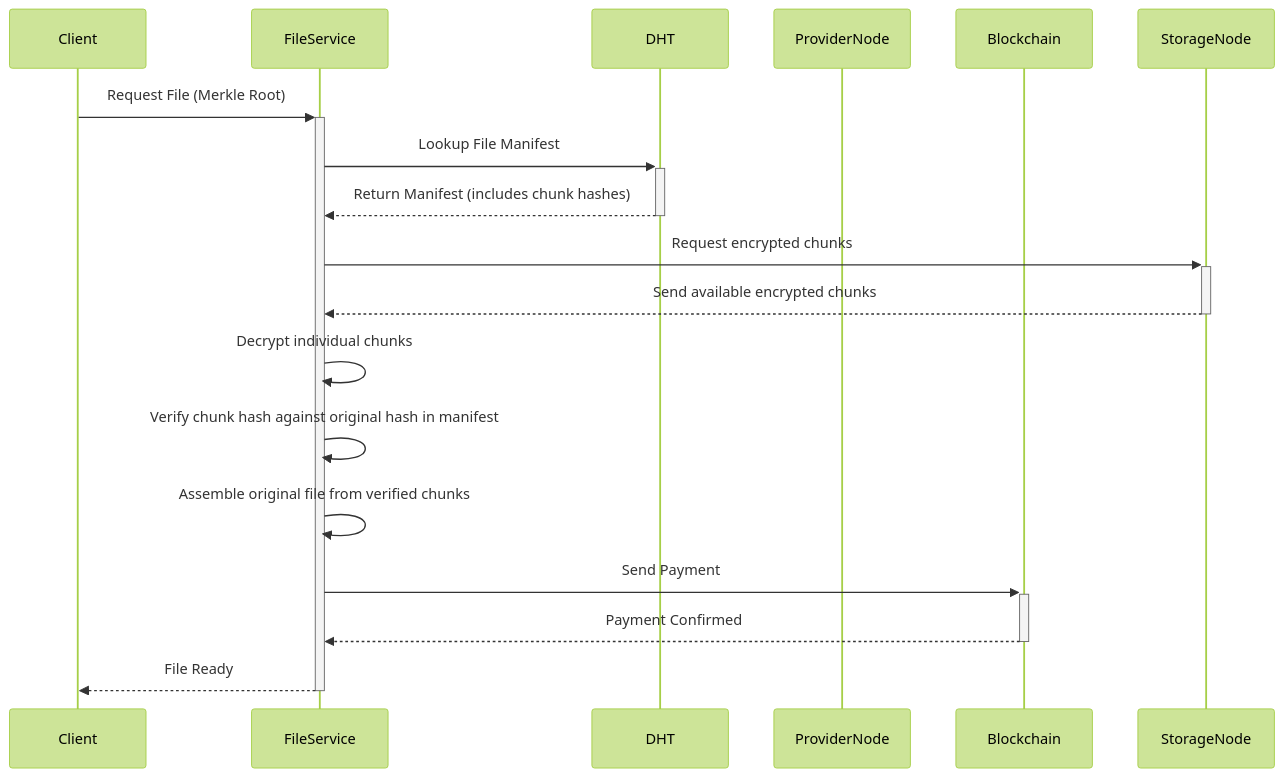
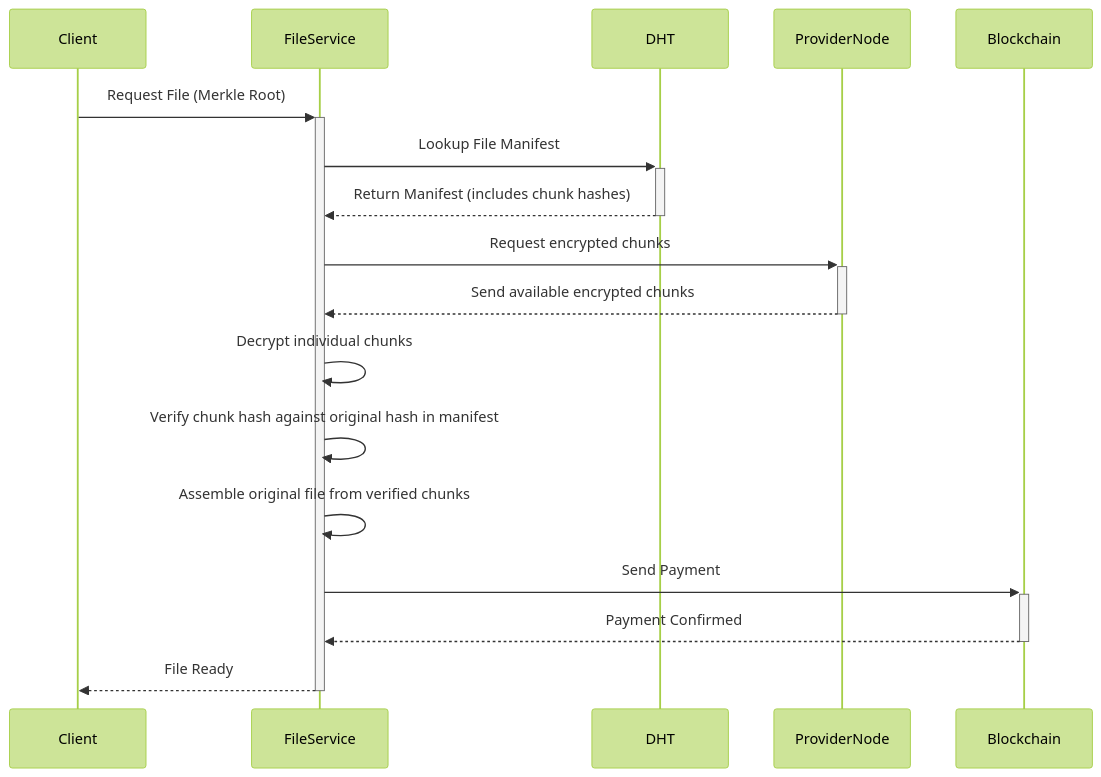
The second of 2 diagrams in docs/02-architecture.md (walrus-chanul-dandeniya/chiral-network), drawn with Mermaid (forest theme) before and after one commit.

Commit message:
doc: fix inconsistent diagram changes in doc 02

````diff
--- a/docs/02-architecture.md
+++ b/docs/02-architecture.md
@@ -281,20 +281,20 @@
 ```mermaid
 sequenceDiagram
     participant Client
     participant FileService
     participant DHT
     participant ProviderNode
     participant Blockchain
 
     Client->>+FileService: Request File (Merkle Root)
     FileService->>+DHT: Lookup File Manifest
     DHT-->>-FileService: Return Manifest (includes chunk hashes)
-    FileService->>+StorageNode: Request encrypted chunks
-    StorageNode-->>-FileService: Send available encrypted chunks
+    FileService->>+ProviderNode: Request encrypted chunks
+    ProviderNode-->>-FileService: Send available encrypted chunks
     FileService->>FileService: Decrypt individual chunks
     FileService->>FileService: Verify chunk hash against original hash in manifest
     FileService->>FileService: Assemble original file from verified chunks
     FileService->>+Blockchain: Send Payment
     Blockchain-->>-FileService: Payment Confirmed
     FileService-->>-Client: File Ready
 ```
````
